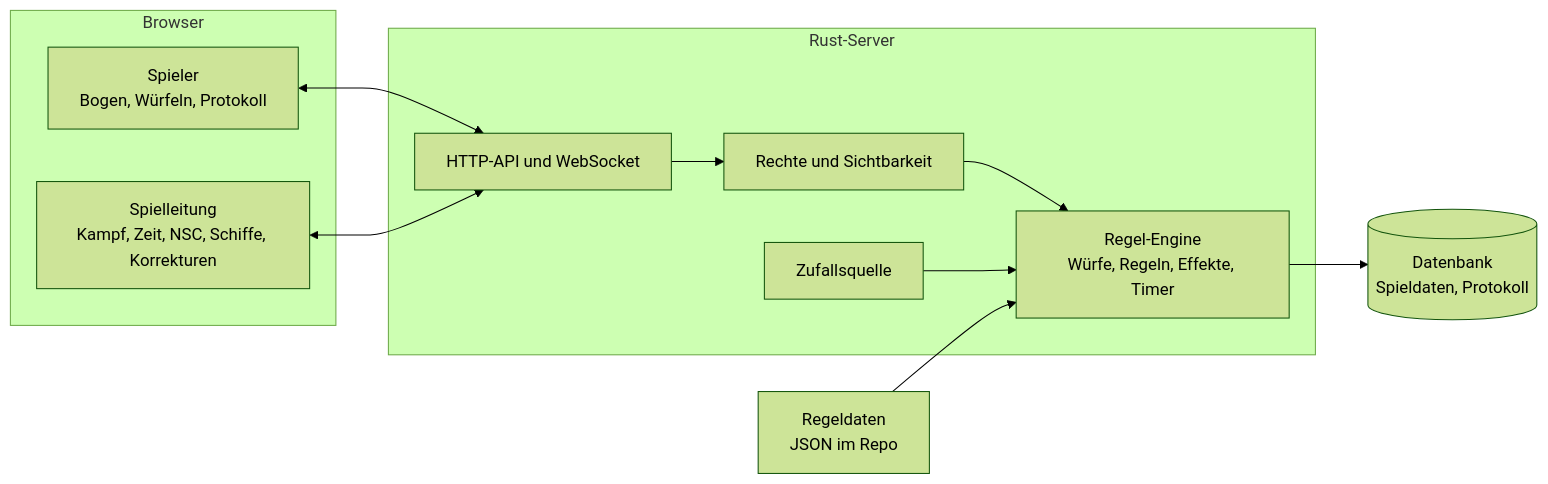
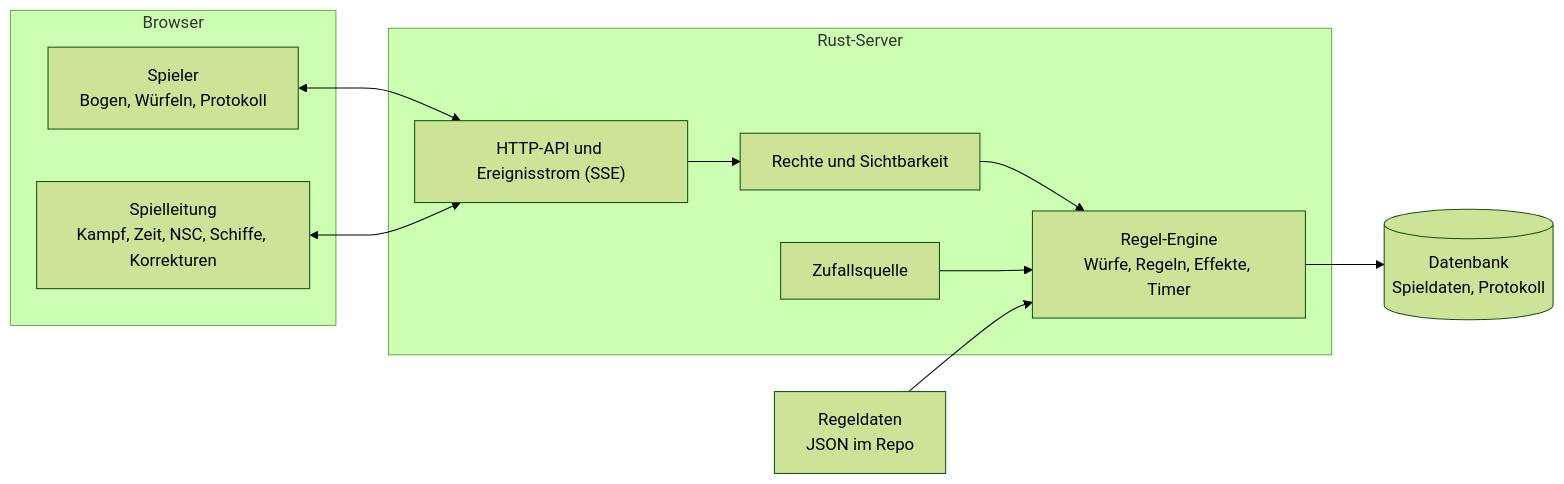
One commit to peddn/xenoforge changed the second of 3 diagrams in docs/PLAN.md. Above: the diagram before and after it, drawn with Mermaid (forest theme). The commit also changed other lines of this file and 1 other file, not shown here.

First line of the commit message:
Plan: phase 2 in three parts; accounts with role, one team per character, HTTP commands with SSE

````diff
--- a/docs/PLAN.md
+++ b/docs/PLAN.md
@@ -670,21 +670,21 @@
 ```mermaid
 flowchart LR
     subgraph Browser
         player["Spieler<br/>Bogen, Würfeln, Protokoll"]
         gm["Spielleitung<br/>Kampf, Zeit, NSC, Schiffe, Korrekturen"]
     end
     subgraph Server["Rust-Server"]
-        api["HTTP-API und WebSocket"]
+        api["HTTP-API und Ereignisstrom (SSE)"]
         auth["Rechte und Sichtbarkeit"]
         engine["Regel-Engine<br/>Würfe, Regeln, Effekte, Timer"]
         rng["Zufallsquelle"]
     end
     db[("Datenbank<br/>Spieldaten, Protokoll")]
     data["Regeldaten<br/>JSON im Repo"]
     player <--> api
     gm <--> api
     api --> auth --> engine
     rng --> engine
     engine --> db
     data --> engine
 ```
````
